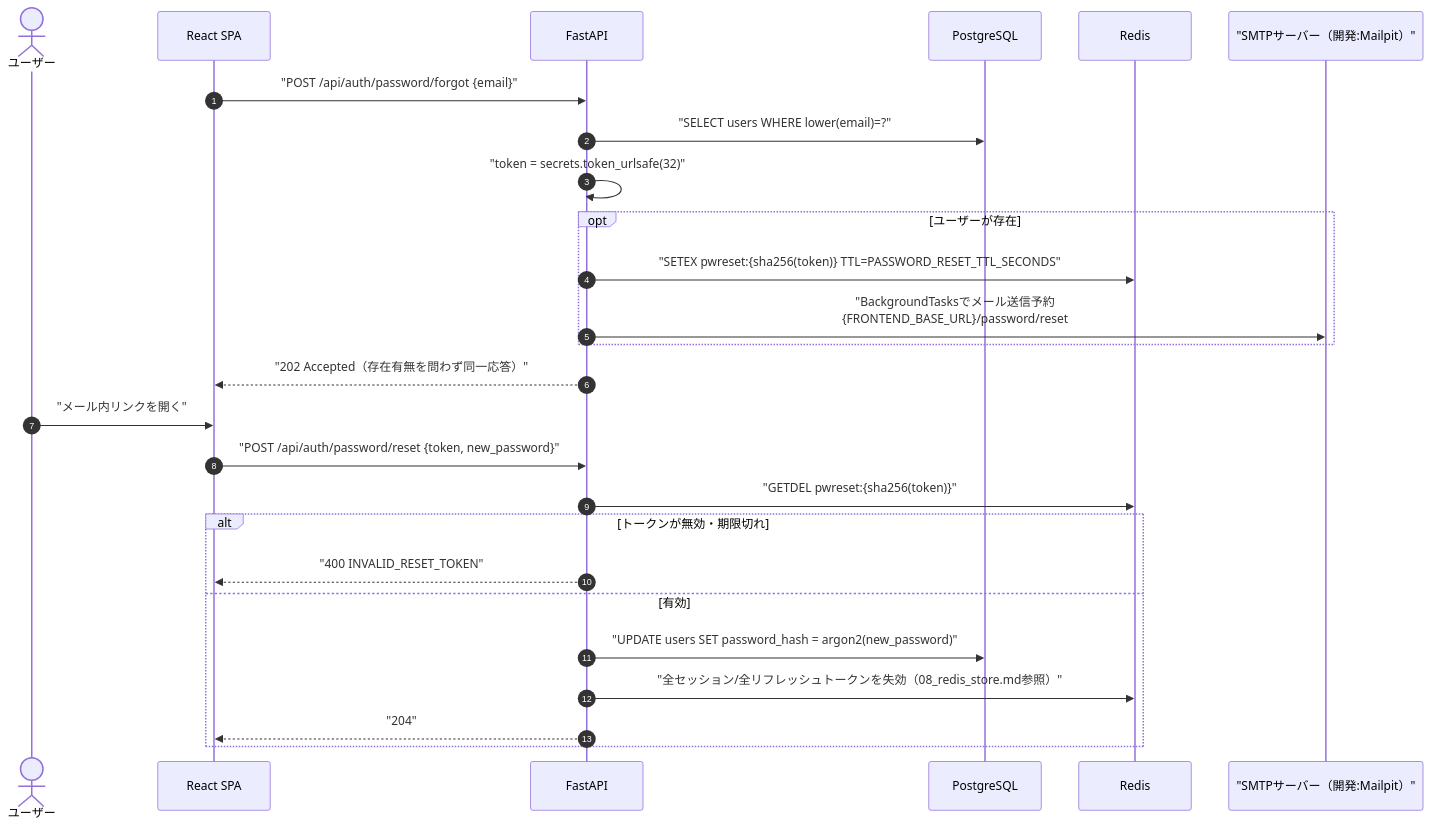
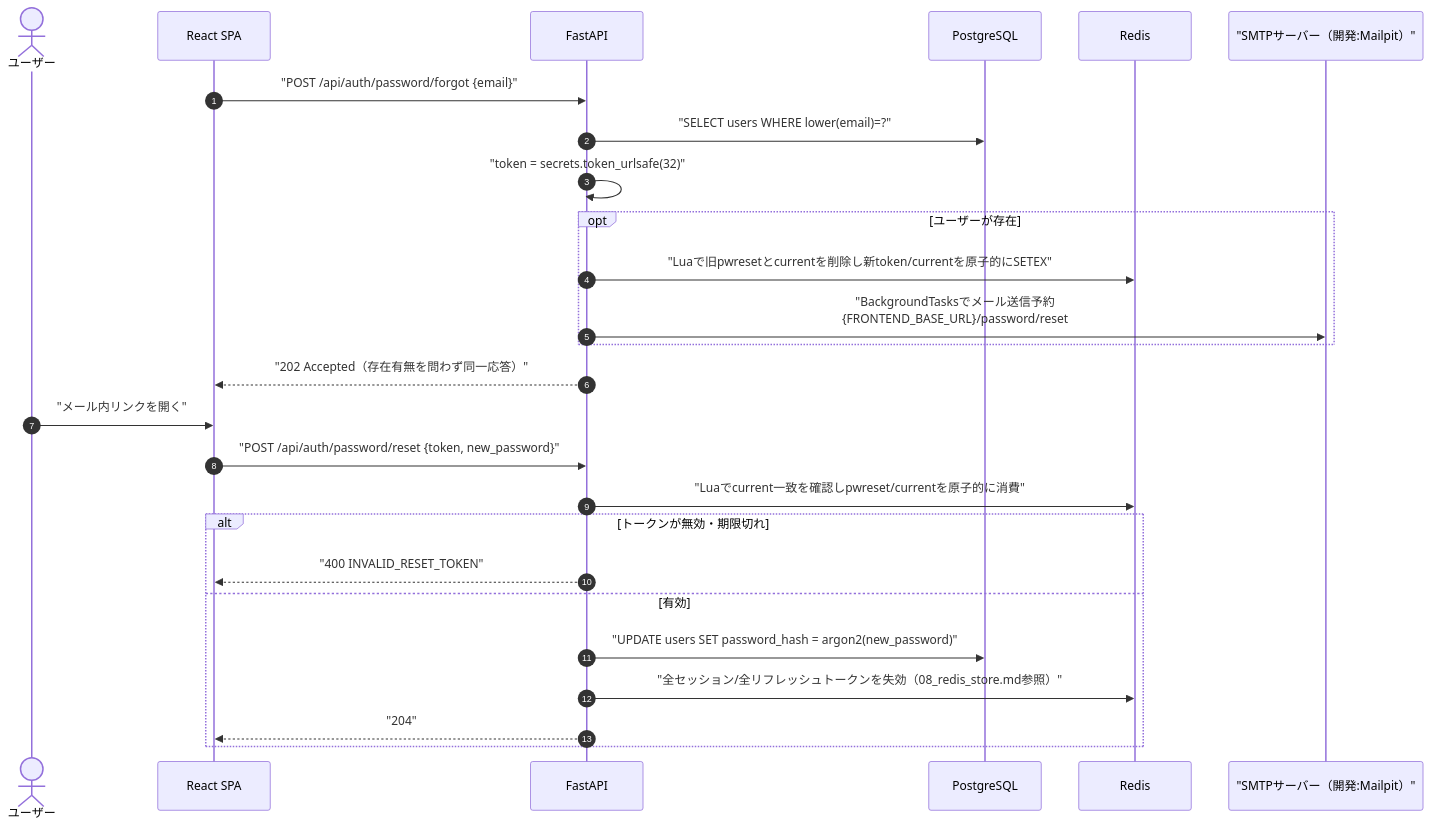
One commit to oikawa-d/task_management changed the third of 6 diagrams in detailed_design/auth/06_token_mail.md. Above: the diagram before and after it, drawn with Mermaid. The commit also changed other lines of this file and 41 other files, not shown here.

````diff
--- a/detailed_design/auth/06_token_mail.md
+++ b/detailed_design/auth/06_token_mail.md
@@ -134,30 +134,30 @@
 ```mermaid
 sequenceDiagram
     autonumber
     actor U as ユーザー
     participant FE as React SPA
     participant API as FastAPI
     participant PG as PostgreSQL
     participant RD as Redis
     participant SMTP as "SMTPサーバー（開発:Mailpit）"
 
     FE->>API: "POST /api/auth/password/forgot {email}"
     API->>PG: "SELECT users WHERE lower(email)=?"
     API->>API: "token = secrets.token_urlsafe(32)"
     opt ユーザーが存在
-        API->>RD: "SETEX pwreset:{sha256(token)} TTL=PASSWORD_RESET_TTL_SECONDS"
+        API->>RD: "Luaで旧pwresetとcurrentを削除し新token/currentを原子的にSETEX"
         API->>SMTP: "BackgroundTasksでメール送信予約<br/>{FRONTEND_BASE_URL}/password/reset#token=..."
     end
     API-->>FE: "202 Accepted（存在有無を問わず同一応答）"
 
     U->>FE: "メール内リンクを開く"
     FE->>API: "POST /api/auth/password/reset {token, new_password}"
-    API->>RD: "GETDEL pwreset:{sha256(token)}"
+    API->>RD: "Luaでcurrent一致を確認しpwreset/currentを原子的に消費"
     alt トークンが無効・期限切れ
         API-->>FE: "400 INVALID_RESET_TOKEN"
     else 有効
         API->>PG: "UPDATE users SET password_hash = argon2(new_password)"
         API->>RD: "全セッション/全リフレッシュトークンを失効（08_redis_store.md参照）"
         API-->>FE: "204"
     end
 ```
````
